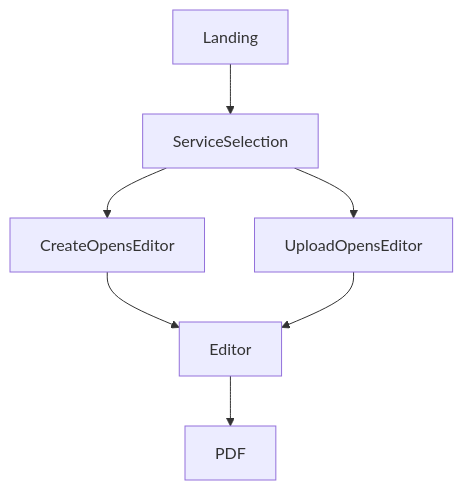
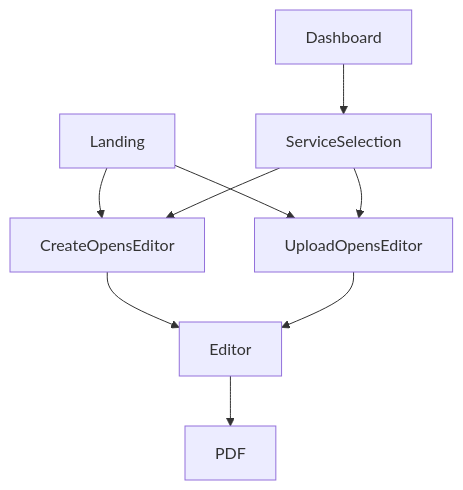
The second of 3 diagrams in docs/superpowers/specs/2026-08-26-offerfy-design.md (ruby0322/offerfy), drawn with Mermaid before and after one commit. The commit also changed other lines of this file and 242 other files, not shown here.

````diff
--- a/docs/superpowers/specs/2026-08-26-offerfy-design.md
+++ b/docs/superpowers/specs/2026-08-26-offerfy-design.md
@@ -40,15 +82,18 @@
 ```mermaid
 flowchart TD
     landing[Landing]
-    choose[ServiceSelection]
     create[CreateOpensEditor]
     upload[UploadOpensEditor]
+    picker[ServiceSelection]
     editor[Editor]
+    dash[Dashboard]
     download[PDF]
-    landing --> choose
-    choose --> create
-    choose --> upload
+    landing --> create
+    landing --> upload
+    dash --> picker
+    picker --> create
+    picker --> upload
     create --> editor
     upload --> editor
     editor --> download
 ```
````
